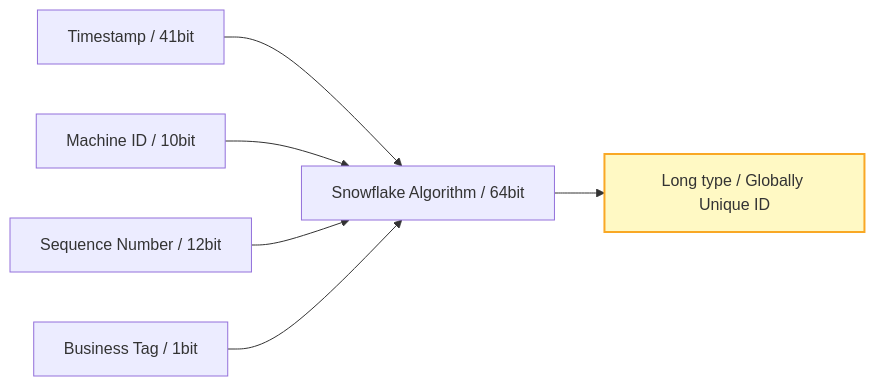
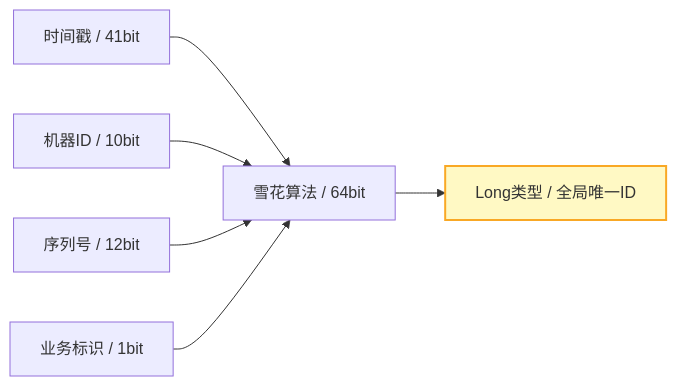
Before and after one commit to Kirky-X/cangjie: diagram 13 of 15 in templates/Product/Technology/Template-Architecture.md, drawn with Mermaid. The commit also changed other lines of this file and 33 other files, not shown here.

````diff
--- a/templates/Product/Technology/Template-Architecture.md
+++ b/templates/Product/Technology/Template-Architecture.md
@@ -618,10 +618,10 @@
 ```mermaid
 flowchart LR
-    A[Timestamp / 41bit] --> E[Snowflake Algorithm / 64bit]
-    B[Machine ID / 10bit] --> E
-    C[Sequence Number / 12bit] --> E
-    D[Business Tag / 1bit] --> E
-    E --> F[Long type / Globally Unique ID]
+    A[时间戳 / 41bit] --> E[雪花算法 / 64bit]
+    B[机器ID / 10bit] --> E
+    C[序列号 / 12bit] --> E
+    D[业务标识 / 1bit] --> E
+    E --> F[Long类型 / 全局唯一ID]
 
     style F fill:#fff9c4,stroke:#f9a825,stroke-width:2px
 ```
````
